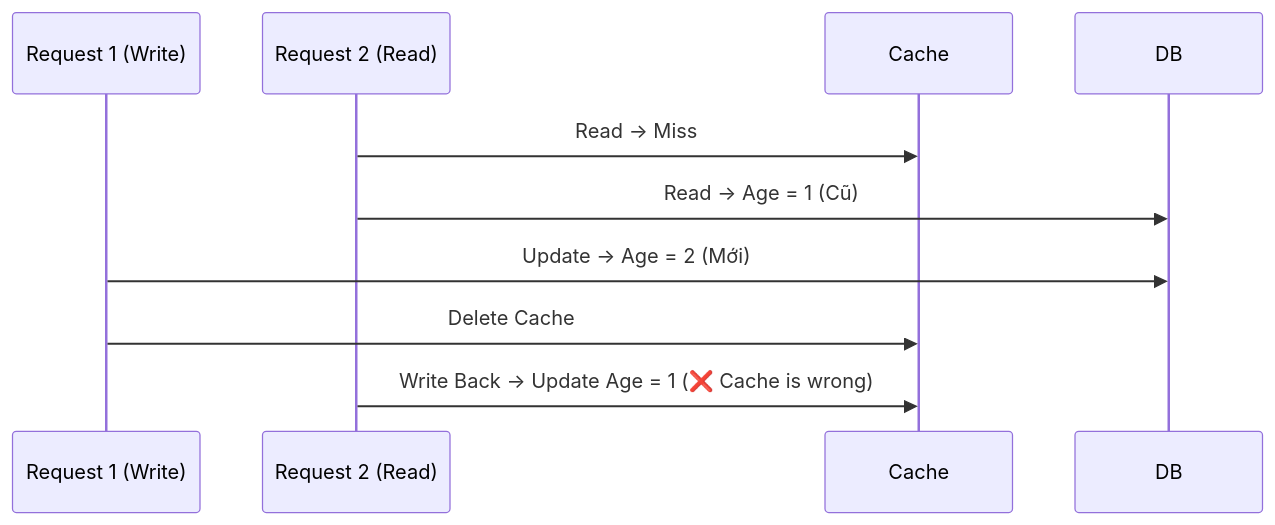
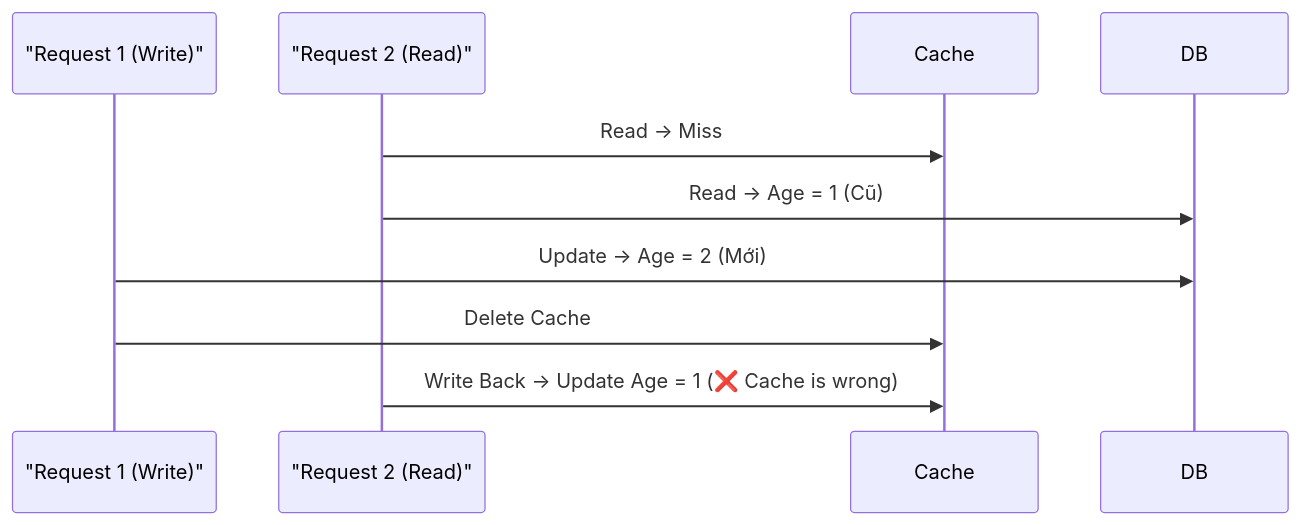
Diagram 11 of 17 in caching-design/README.md (daoductam/advanced-backend-docs), drawn with Mermaid before and after one commit. The commit also changed other lines of this file and 1 other file, not shown here.

Commit message:
fix: remaining mermaid diagram parse errors

````diff
--- a/caching-design/README.md
+++ b/caching-design/README.md
@@ -457,13 +457,13 @@
 ```mermaid
 sequenceDiagram
-    participant R1 as Request 1 (Write)
-    participant R2 as Request 2 (Read)
+    participant R1 as "Request 1 (Write)"
+    participant R2 as "Request 2 (Read)"
     participant Cache
     participant DB
     
     R2->>Cache: Read -> Miss
     R2->>DB: Read -> Age = 1 (Cũ)
     R1->>DB: Update -> Age = 2 (Mới)
     R1->>Cache: Delete Cache
     R2->>Cache: Write Back -> Update Age = 1 (❌ Cache is wrong)
 ```
````
